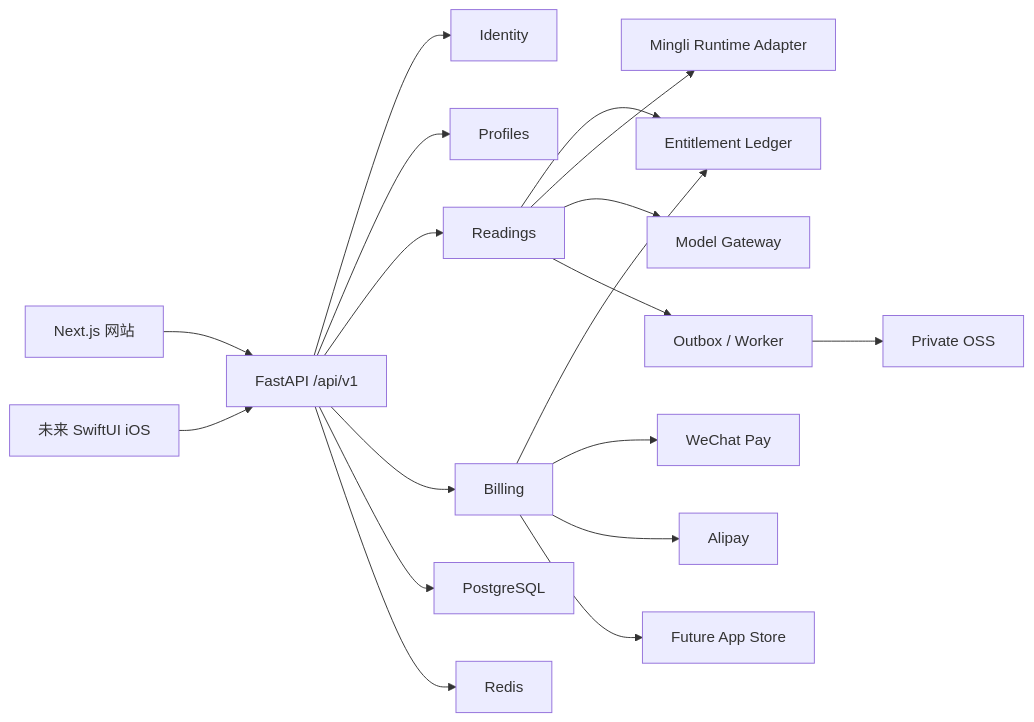
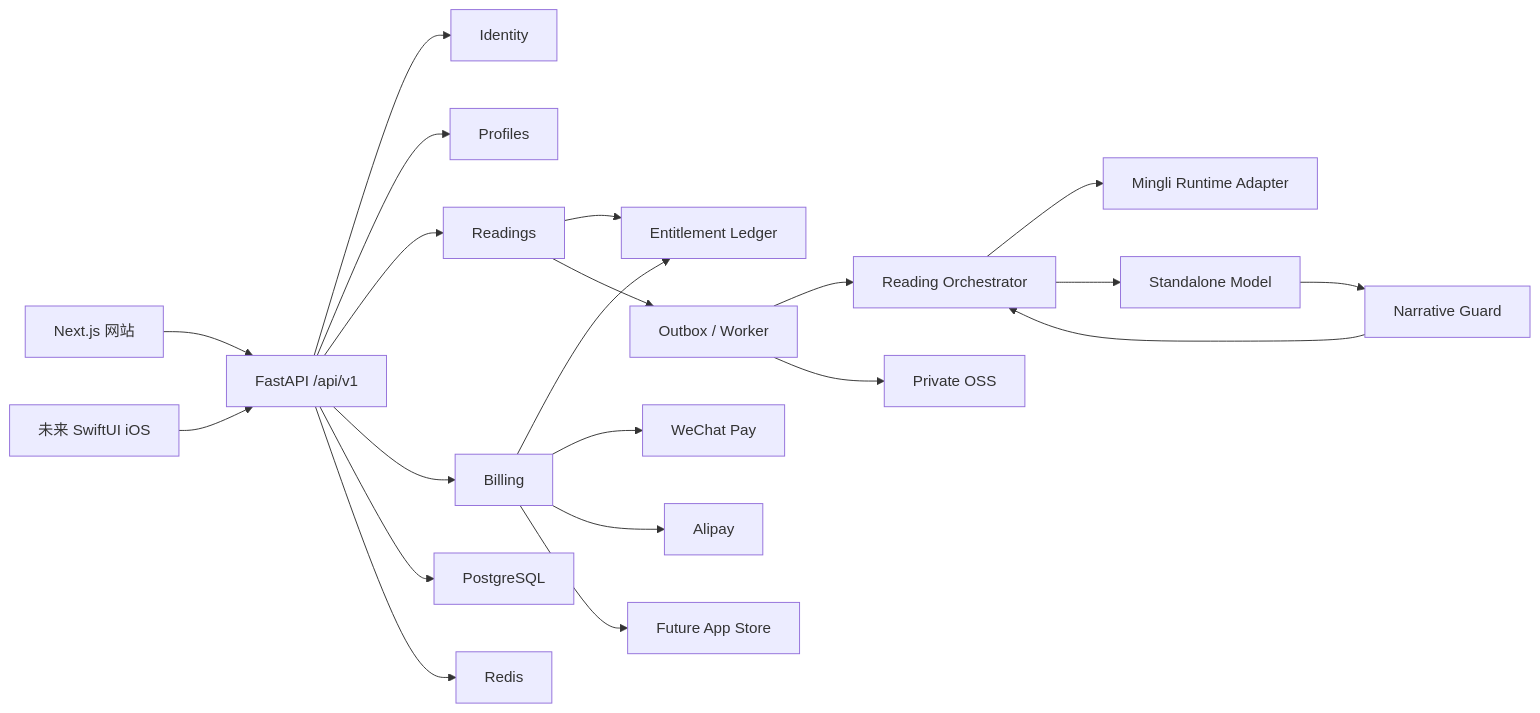
Before and after one commit to linyuhanggg/mingli_web: the diagram in docs/PRODUCT_BLUEPRINT_WEB_IOS_V2.md, drawn with Mermaid. The commit also changed other lines of this file and 4 other files, not shown here.

```diff
--- a/docs/PRODUCT_BLUEPRINT_WEB_IOS_V2.md
+++ b/docs/PRODUCT_BLUEPRINT_WEB_IOS_V2.md
@@ -408,20 +412,23 @@
 ~~~mermaid
 flowchart LR
     W["Next.js 网站"] --> A["FastAPI /api/v1"]
     I["未来 SwiftUI iOS"] --> A
     A --> ID["Identity"]
     A --> PR["Profiles"]
     A --> RD["Readings"]
     A --> BL["Billing"]
     BL --> EN["Entitlement Ledger"]
     RD --> EN
-    RD --> MR["Mingli Runtime Adapter"]
-    RD --> MG["Model Gateway"]
     A --> DB["PostgreSQL"]
     RD --> Q["Outbox / Worker"]
+    Q --> OR["Reading Orchestrator"]
+    OR --> MR["Mingli Runtime Adapter"]
+    OR --> MG["Standalone Model"]
+    MG --> NG["Narrative Guard"]
+    NG --> OR
     Q --> OS["Private OSS"]
     A --> R["Redis"]
     BL --> WX["WeChat Pay"]
     BL --> AP["Alipay"]
     BL --> AS["Future App Store"]
 ~~~
```
